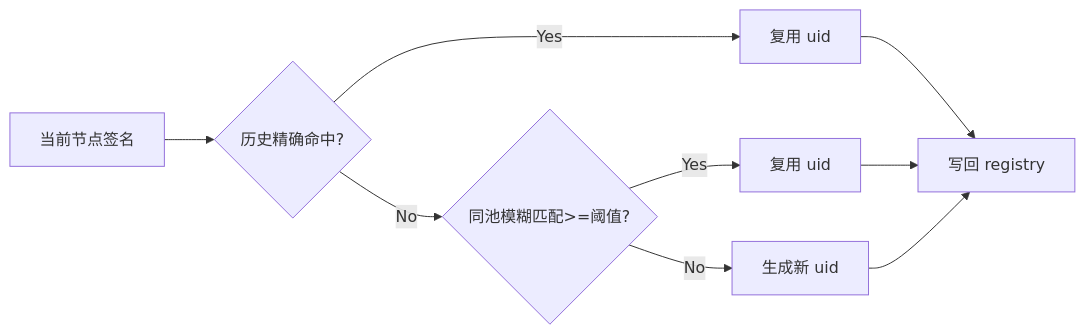
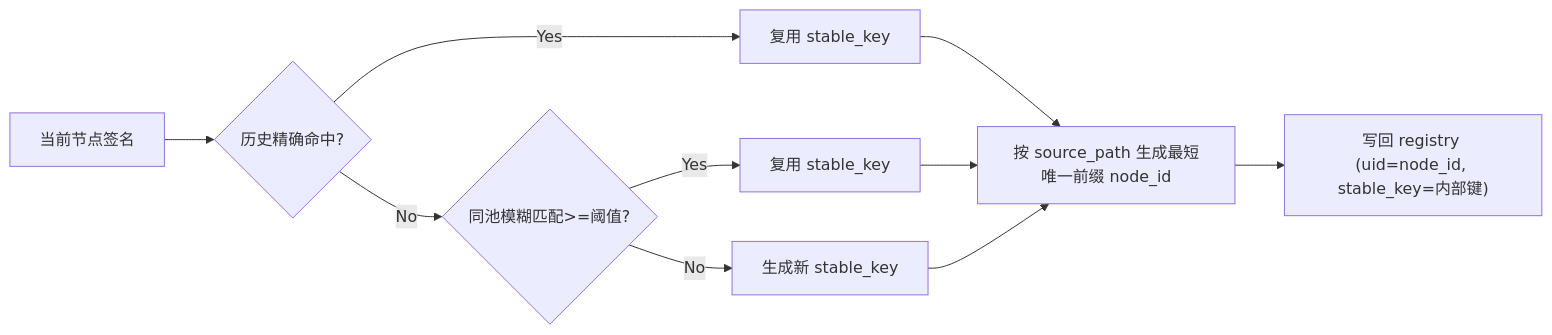
The fifth of 5 diagrams in iwp_lint/ARCHITECTURE.md (InstructWare/iwp-tools), drawn with Mermaid before and after one commit. The commit also changed other lines of this file and 86 other files, not shown here.

````diff
--- a/iwp_lint/ARCHITECTURE.md
+++ b/iwp_lint/ARCHITECTURE.md
@@ -183,11 +224,12 @@
 ```mermaid
 flowchart LR
   S["当前节点签名"] --> E{"历史精确命中?"}
-  E -- Yes --> U1["复用 uid"]
+  E -- Yes --> U1["复用 stable_key"]
   E -- No --> F{"同池模糊匹配>=阈值?"}
-  F -- Yes --> U2["复用 uid"]
-  F -- No --> N["生成新 uid"]
-  U1 --> W["写回 registry"]
-  U2 --> W
-  N --> W
+  F -- Yes --> U2["复用 stable_key"]
+  F -- No --> N["生成新 stable_key"]
+  U1 --> P["按 source_path 生成最短唯一前缀 node_id"]
+  U2 --> P
+  N --> P
+  P --> W["写回 registry (uid=node_id, stable_key=内部键)"]
 ```
````
